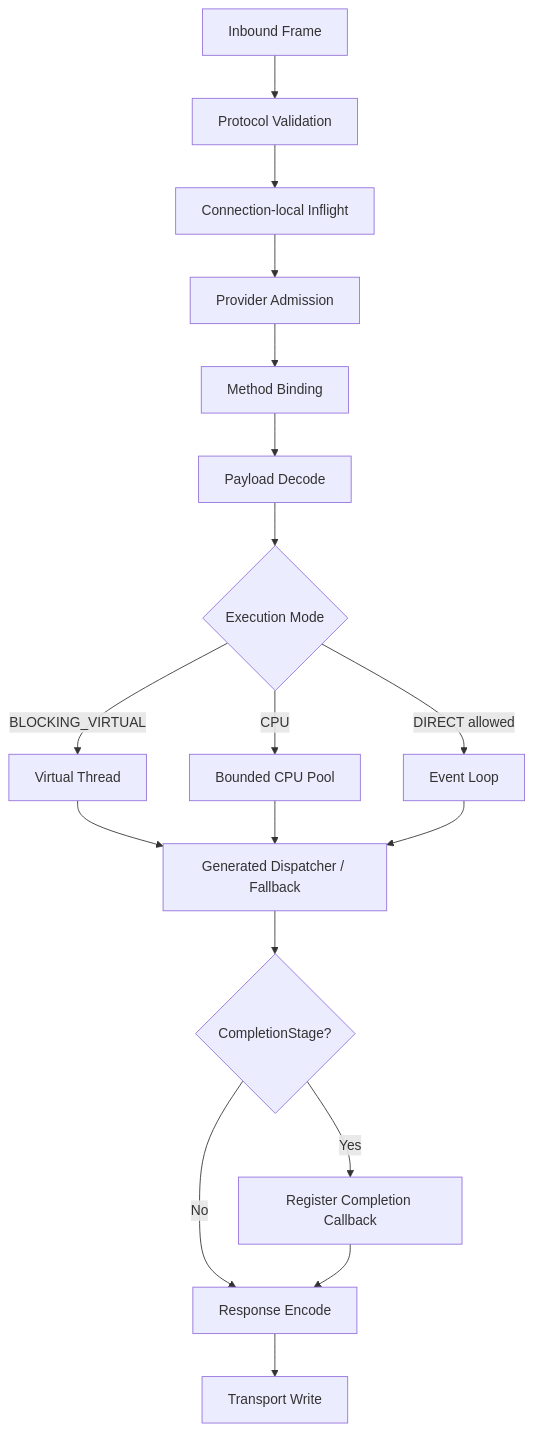
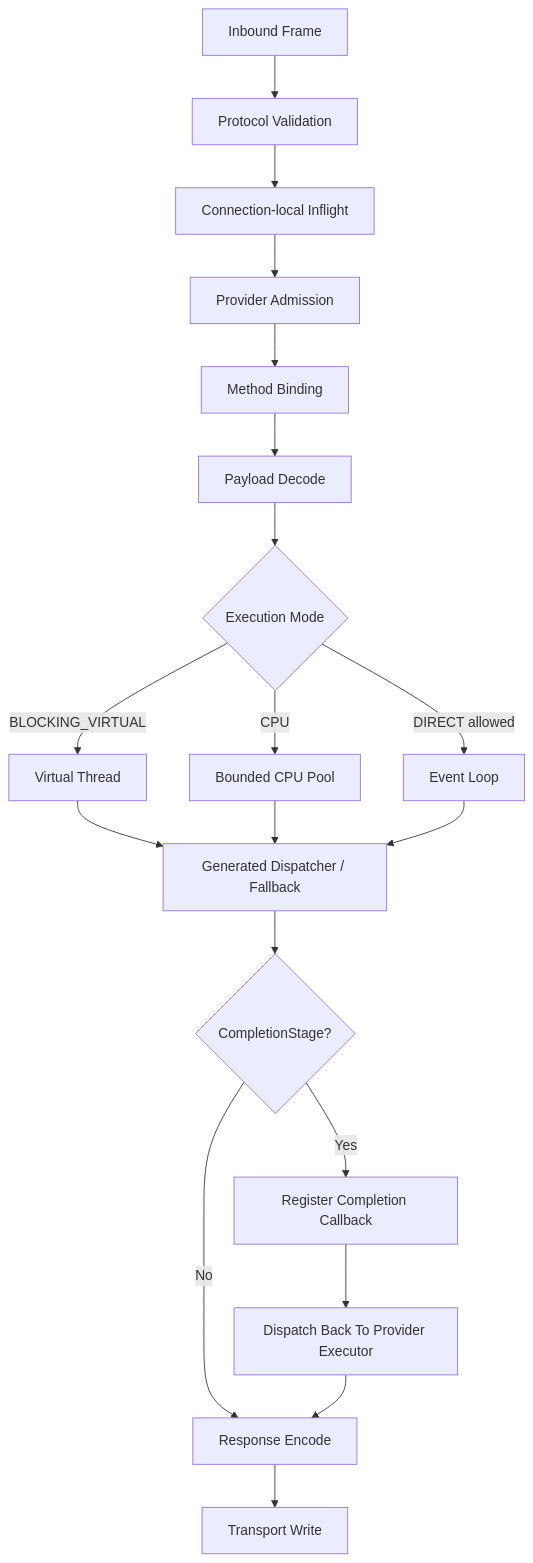
The second of 7 diagrams in docs/detailed-design.md (Ryan-Guizhou/peach-rpc), drawn with Mermaid before and after one commit. The commit also changed other lines of this file, not shown here.

Commit message:
docs: document async completion isolation

````diff
--- a/docs/detailed-design.md
+++ b/docs/detailed-design.md
@@ -39,20 +39,21 @@
 ```mermaid
 flowchart TD
     Frame[Inbound Frame] --> Validate[Protocol Validation]
     Validate --> Track[Connection-local Inflight]
     Track --> Admission[Provider Admission]
     Admission --> Bind[Method Binding]
     Bind --> Decode[Payload Decode]
     Decode --> Policy{Execution Mode}
     Policy -->|BLOCKING_VIRTUAL| VT[Virtual Thread]
     Policy -->|CPU| CPU[Bounded CPU Pool]
     Policy -->|DIRECT allowed| EL[Event Loop]
     VT --> Invoke[Generated Dispatcher / Fallback]
     CPU --> Invoke
     EL --> Invoke
     Invoke --> Async{CompletionStage?}
     Async -->|No| Encode[Response Encode]
     Async -->|Yes| Await[Register Completion Callback]
-    Await --> Encode
+    Await --> ReturnExec[Dispatch Back To Provider Executor]
+    ReturnExec --> Encode
     Encode --> Write[Transport Write]
 ```
````
